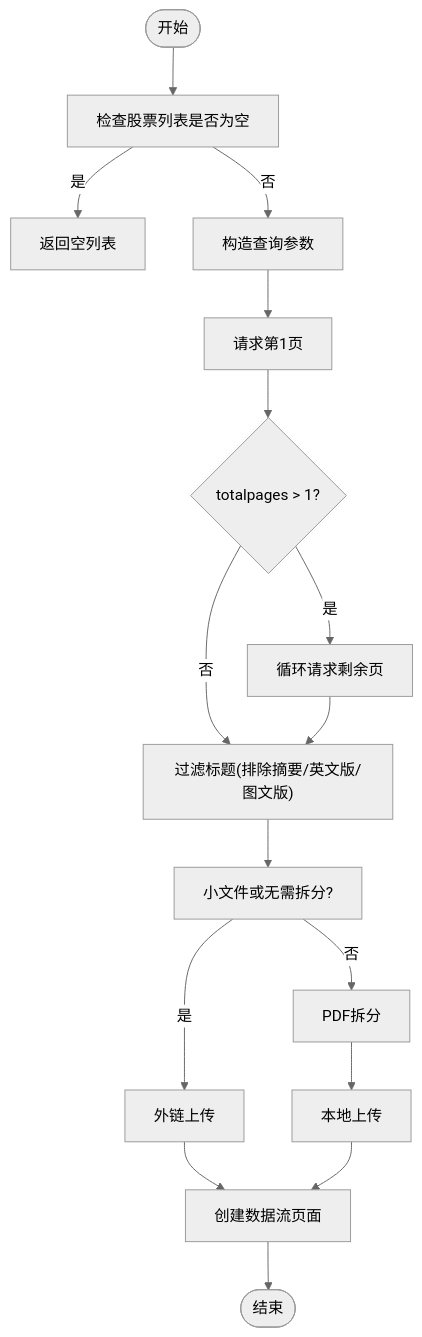
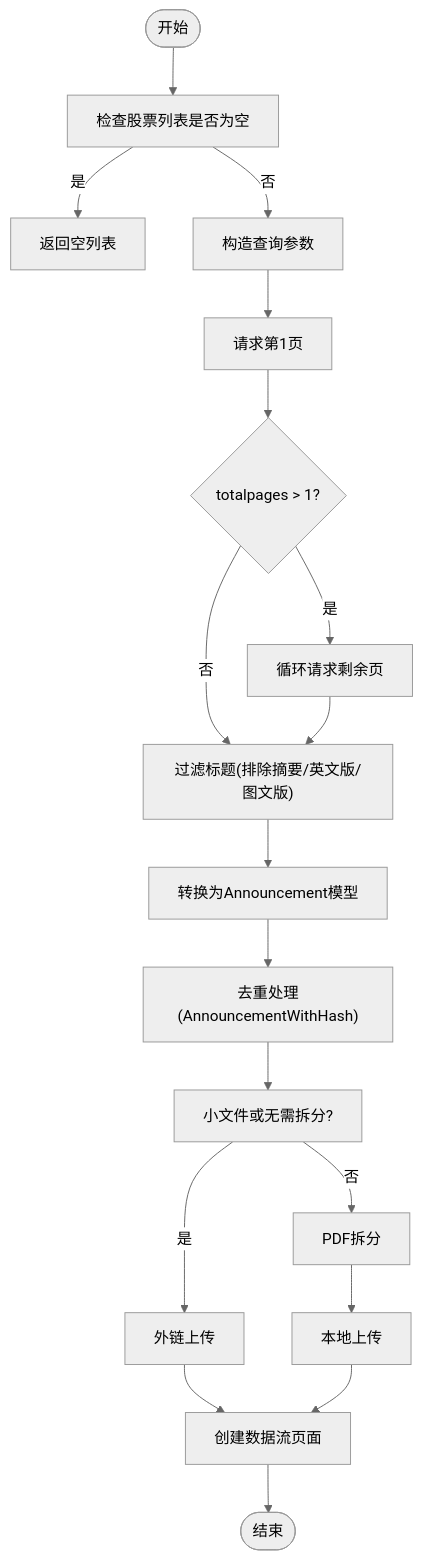
The third of 8 diagrams in .qoder/repowiki/zh/content/数据模型.md (iverwong/DataLife), drawn with Mermaid (neutral theme) before and after one commit. The commit also changed other lines of this file and 14 other files, not shown here.

````diff
--- a/.qoder/repowiki/zh/content/数据模型.md
+++ b/.qoder/repowiki/zh/content/数据模型.md
@@ -184,18 +182,20 @@
 ```mermaid
 flowchart TD
 Start(["开始"]) --> CheckEmpty["检查股票列表是否为空"]
 CheckEmpty --> |是| ReturnEmpty["返回空列表"]
 CheckEmpty --> |否| BuildPayload["构造查询参数"]
 BuildPayload --> FetchPage1["请求第1页"]
 FetchPage1 --> MultiPages{"totalpages > 1?"}
 MultiPages --> |是| LoopPages["循环请求剩余页"]
 MultiPages --> |否| Filter["过滤标题(排除摘要/英文版/图文版)"]
 LoopPages --> Filter
-Filter --> SmallOrNoSplit["小文件或无需拆分?"]
+Filter --> Convert["转换为Announcement模型"]
+Convert --> Deduplicate["去重处理(AnnouncementWithHash)"]
+Deduplicate --> SmallOrNoSplit["小文件或无需拆分?"]
 SmallOrNoSplit --> |是| UploadExternal["外链上传"]
 SmallOrNoSplit --> |否| SplitPDF["PDF拆分"]
 SplitPDF --> UploadLocal["本地上传"]
 UploadExternal --> CreatePages["创建数据流页面"]
 UploadLocal --> CreatePages
 CreatePages --> End(["结束"])
 ```
````
